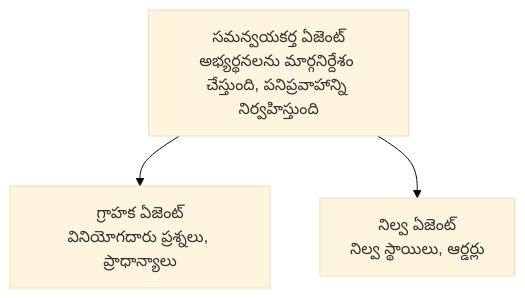
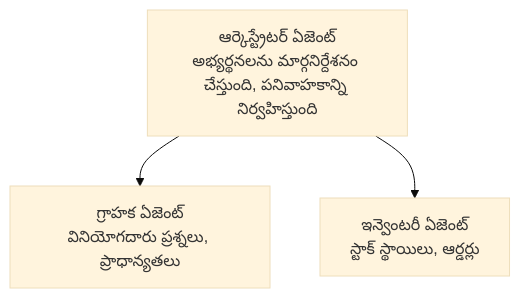
The diagram in translations/te/docs/chapter-05-multi-agent/README.md (microsoft/AZD-for-beginners), drawn with Mermaid (base theme) before and after one commit. The commit also changed other lines of this file and 101 other files, not shown here.

````diff
--- a/translations/te/docs/chapter-05-multi-agent/README.md
+++ b/translations/te/docs/chapter-05-multi-agent/README.md
@@ -50,5 +52,5 @@
 ```mermaid
 graph TD
-    Orchestrator[సమన్వయకర్త ఏజెంట్<br/>అభ్యర్థనలను మార్గనిర్దేశం చేస్తుంది, పనిప్రవాహాన్ని నిర్వహిస్తుంది] --> Customer[గ్రాహక ఏజెంట్<br/>వినియోగదారు ప్రశ్నలు, ప్రాధాన్యాలు]
-    Orchestrator --> Inventory[నిల్వ ఏజెంట్<br/>నిల్వ స్థాయిలు, ఆర్డర్లు]
+    Orchestrator[ఆర్కెస్ట్రేటర్ ఏజెంట్<br/>అభ్యర్థనలను మార్గనిర్దేశనం చేస్తుంది, పనివాహకాన్ని నిర్వహిస్తుంది] --> Customer[గ్రాహక ఏజెంట్<br/>వినియోగదారు ప్రశ్నలు, ప్రాధాన్యతలు]
+    Orchestrator --> Inventory[ఇన్వెంటరీ ఏజెంట్<br/>స్టాక్ స్థాయిలు, ఆర్డర్లు]
 ```
````
